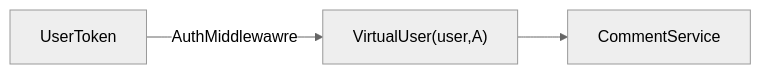
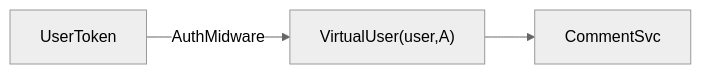
One commit to vivlog/vivlog changed the first of 4 diagrams in packages/vivlog-docs/reference/agent.md. Above: the diagram before and after it, drawn with Mermaid (neutral theme). The commit also changed other lines of this file and 17 other files, not shown here.

````diff
--- a/packages/vivlog-docs/reference/agent.md
+++ b/packages/vivlog-docs/reference/agent.md
@@ -55,6 +55,6 @@
 ```mermaid
 flowchart LR
 
-    UserToken -- AuthMiddlewawre --> V["VirtualUser(user,A)"]
-    V["VirtualUser(user,A)"] --> CommentService
+    UserToken -- AuthMidware --> V["VirtualUser(user,A)"]
+    V["VirtualUser(user,A)"] --> CommentSvc
 ```
````
